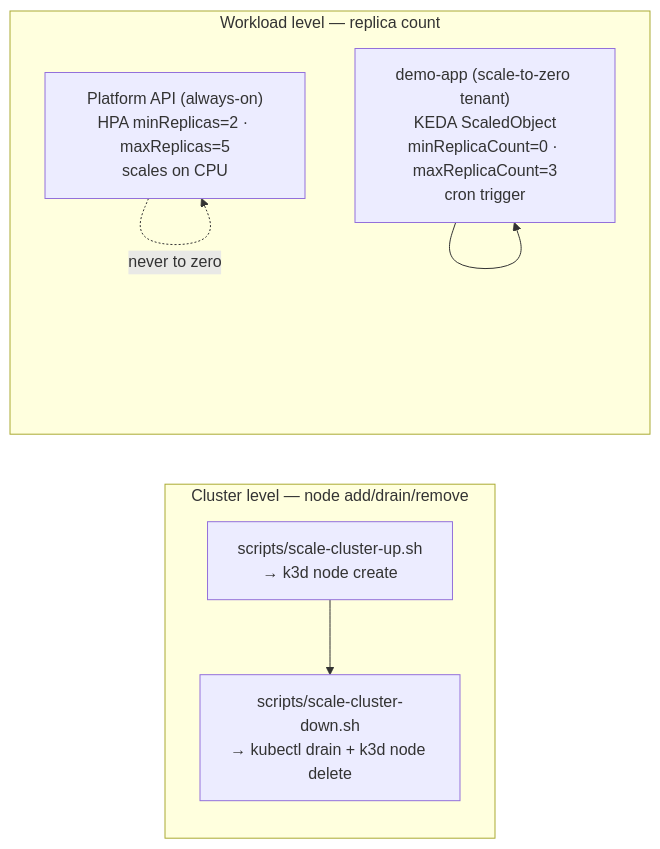
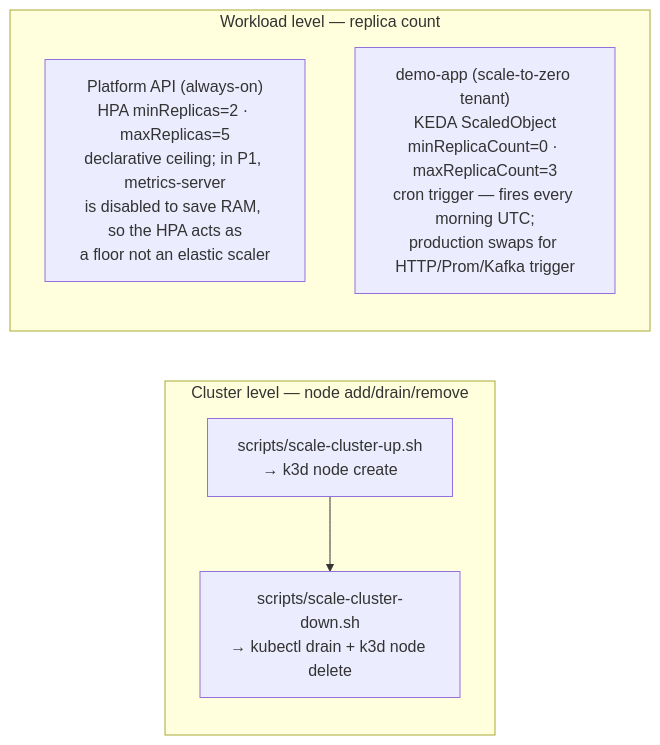
One commit to mdas333/sre-platform changed the third of 7 diagrams in project-01-sre-platform/docs/WALKTHROUGH.md. Above: the diagram before and after it, drawn with Mermaid. The commit also changed other lines of this file and 4 other files, not shown here.

````diff
--- a/project-01-sre-platform/docs/WALKTHROUGH.md
+++ b/project-01-sre-platform/docs/WALKTHROUGH.md
@@ -238,14 +238,12 @@
 ```mermaid
 flowchart LR
   subgraph CL["Cluster level — node add/drain/remove"]
     NA["scripts/scale-cluster-up.sh<br/>→ k3d node create"]
     ND["scripts/scale-cluster-down.sh<br/>→ kubectl drain + k3d node delete"]
+    NA --> ND
   end
   subgraph WL["Workload level — replica count"]
-    HPA["Platform API (always-on)<br/>HPA minReplicas=2 · maxReplicas=5<br/>scales on CPU"]
-    KDO["demo-app (scale-to-zero tenant)<br/>KEDA ScaledObject<br/>minReplicaCount=0 · maxReplicaCount=3<br/>cron trigger"]
+    HPA["Platform API (always-on)<br/>HPA minReplicas=2 · maxReplicas=5<br/>declarative ceiling; in P1, metrics-server<br/>is disabled to save RAM, so the HPA acts as<br/>a floor not an elastic scaler"]
+    KDO["demo-app (scale-to-zero tenant)<br/>KEDA ScaledObject<br/>minReplicaCount=0 · maxReplicaCount=3<br/>cron trigger — fires every morning UTC;<br/>production swaps for HTTP/Prom/Kafka trigger"]
   end
-  NA --> ND
-  HPA -. never to zero .-> HPA
-  KDO --> KDO
 ```
````
